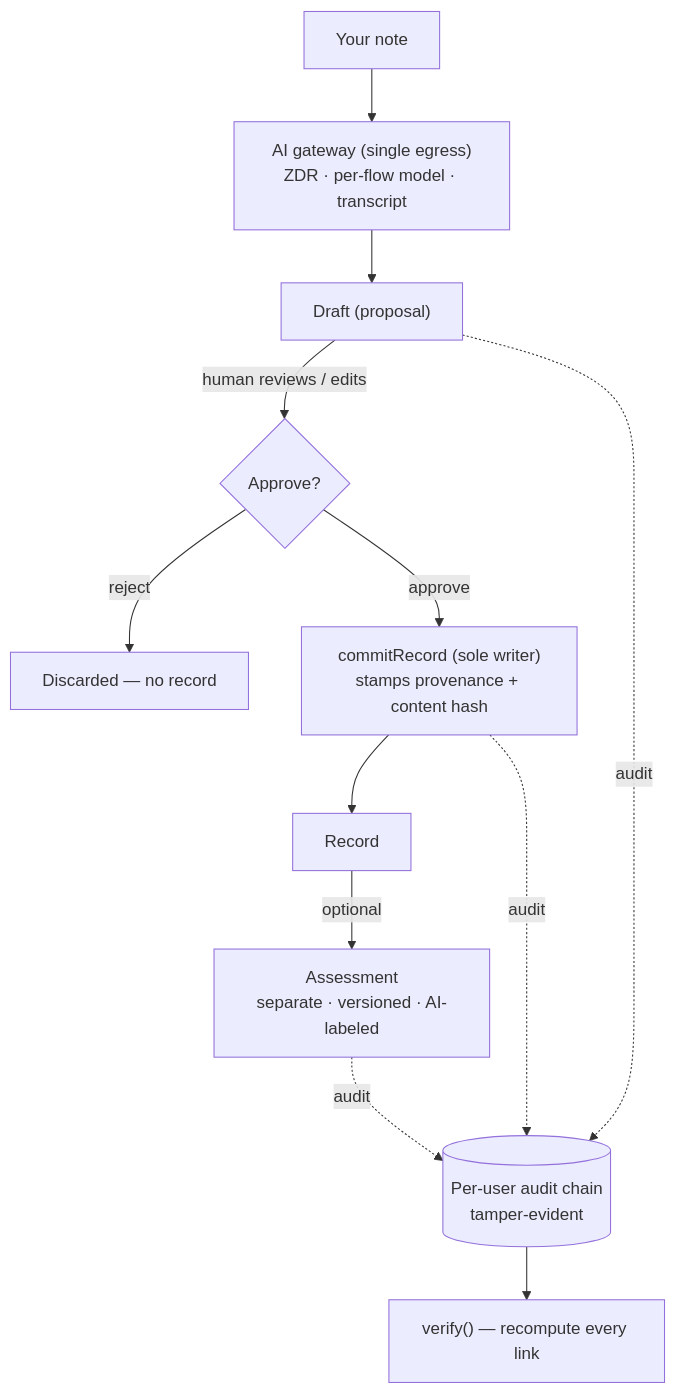
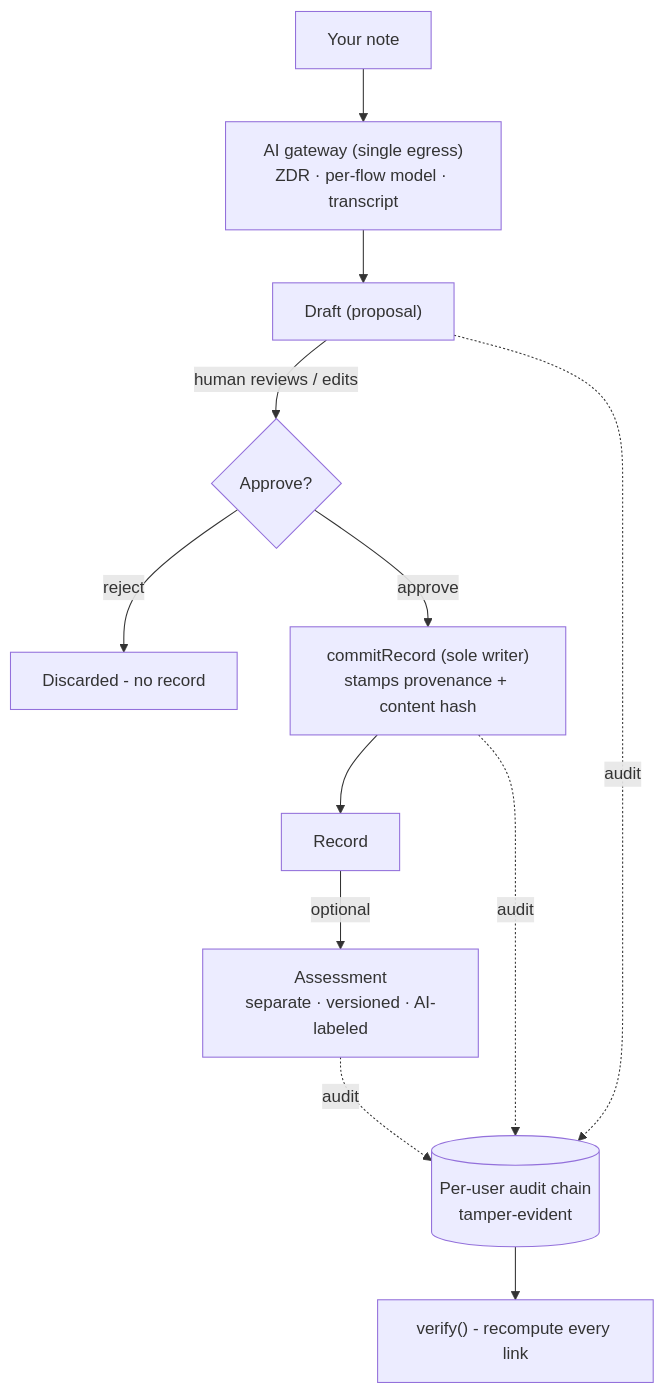
The diagram in README.md (chrisrollins-labs/cairn), drawn with Mermaid before and after one commit. The commit also changed other lines of this file and 59 other files, not shown here.

````diff
--- a/README.md
+++ b/README.md
@@ -63,14 +63,14 @@
 ```mermaid
 flowchart TD
   note["Your note"] --> gw["AI gateway (single egress)\nZDR · per-flow model · transcript"]
   gw --> draft["Draft (proposal)"]
   draft -->|human reviews / edits| decide{Approve?}
-  decide -->|reject| discard["Discarded — no record"]
+  decide -->|reject| discard["Discarded - no record"]
   decide -->|approve| commit["commitRecord (sole writer)\nstamps provenance + content hash"]
   commit --> record["Record"]
   record -->|optional| assess["Assessment\nseparate · versioned · AI-labeled"]
   draft -.audit.-> chain[("Per-user audit chain\ntamper-evident")]
   commit -.audit.-> chain
   assess -.audit.-> chain
-  chain --> verify["verify() — recompute every link"]
+  chain --> verify["verify() - recompute every link"]
 ```
````
